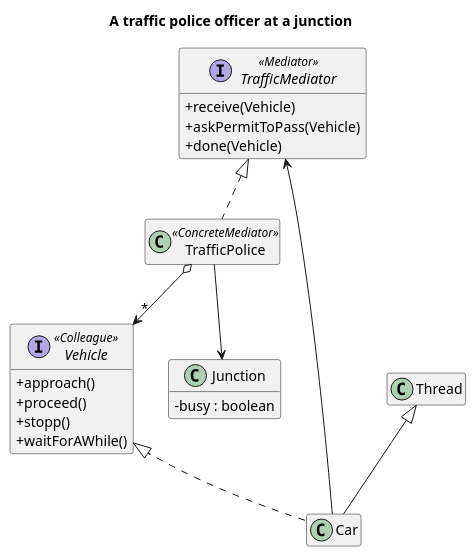
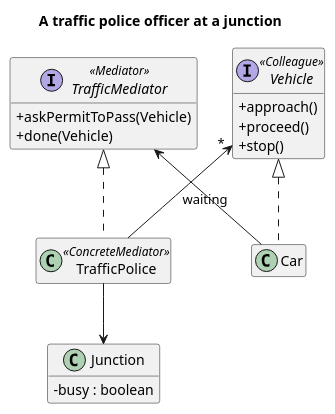
The diagram in src/main/java/dev/kaldiroglu/dp/behavioral/mediator/traffic/uml/Mediator - Traffic - Class Diagram.puml (kaldiroglu/DesignPatternsWithJava), drawn with PlantUML before and after one commit. The commit also changed 8 other files, not shown here.

First line of the commit message:
Mediator traffic: the officer tells the next car, so no car polls

```diff
--- a/src/main/java/dev/kaldiroglu/dp/behavioral/mediator/traffic/uml/Mediator - Traffic - Class Diagram.puml
+++ b/src/main/java/dev/kaldiroglu/dp/behavioral/mediator/traffic/uml/Mediator - Traffic - Class Diagram.puml
@@ -1,28 +1,26 @@
 @startuml "Mediator - Traffic - Class Diagram"
 skinparam classAttributeIconSize 0
+skinparam linetype polyline
 hide empty members
 title A traffic police officer at a junction
 interface TrafficMediator <<Mediator>> {
-  + receive(Vehicle)
   + askPermitToPass(Vehicle)
   + done(Vehicle)
 }
 class TrafficPolice <<ConcreteMediator>>
 interface Vehicle <<Colleague>> {
   + approach()
   + proceed()
-  + stopp()
-  + waitForAWhile()
+  + stop()
 }
 class Car
-class Thread
 class Junction {
   - busy : boolean
 }
+TrafficMediator -[hidden]right- Vehicle
 TrafficMediator <|.. TrafficPolice
 Vehicle <|.. Car
-Thread <|-- Car
 TrafficPolice --> Junction
-TrafficPolice o--> "*" Vehicle
-Car --> TrafficMediator
+TrafficPolice -[norank]-> "*" Vehicle : waiting
+Car -[norank]-> TrafficMediator
 @enduml
```
